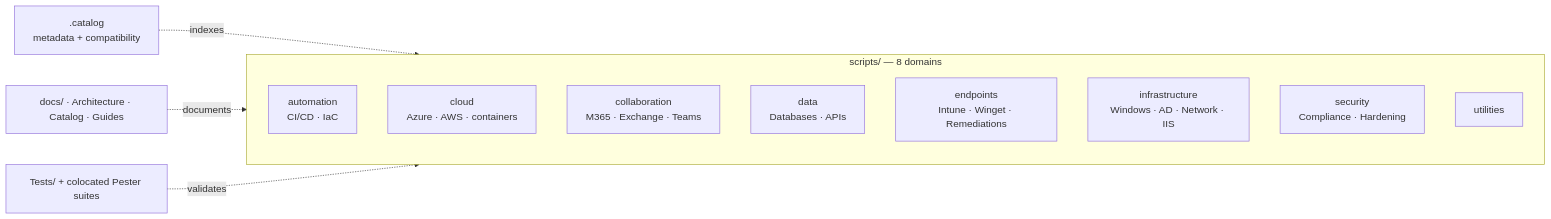
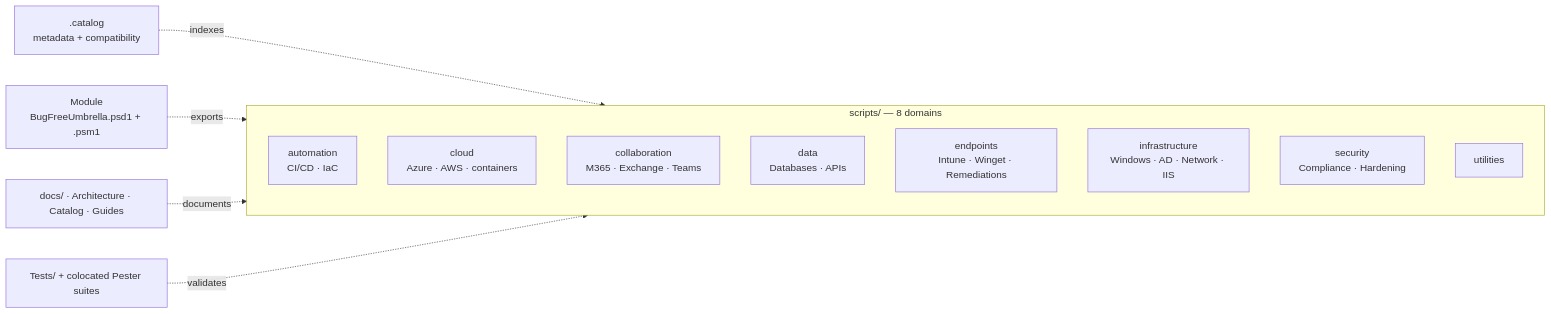
Before and after one commit to Carme99/bug-free-umbrella: the first of 5 diagrams in docs/ARCHITECTURE.md, drawn with Mermaid. The commit also changed other lines of this file and 414 other files, not shown here.

````diff
--- a/docs/ARCHITECTURE.md
+++ b/docs/ARCHITECTURE.md
@@ -39,16 +39,17 @@
 ```mermaid
 flowchart LR
     subgraph SCRIPTS[scripts/ — 8 domains]
         A[automation<br/>CI/CD · IaC]
         C[cloud<br/>Azure · AWS · containers]
         L[collaboration<br/>M365 · Exchange · Teams]
         D[data<br/>Databases · APIs]
         E[endpoints<br/>Intune · Winget · Remediations]
         I[infrastructure<br/>Windows · AD · Network · IIS]
         S[security<br/>Compliance · Hardening]
         U[utilities]
     end
     CAT[.catalog<br/>metadata + compatibility] -. indexes .-> SCRIPTS
+    MOD[Module<br/>BugFreeUmbrella.psd1 + .psm1] -. exports .-> SCRIPTS
     DOC[docs/ · Architecture · Catalog · Guides] -. documents .-> SCRIPTS
     TST[Tests/ + colocated Pester suites] -. validates .-> SCRIPTS
 ```
````
